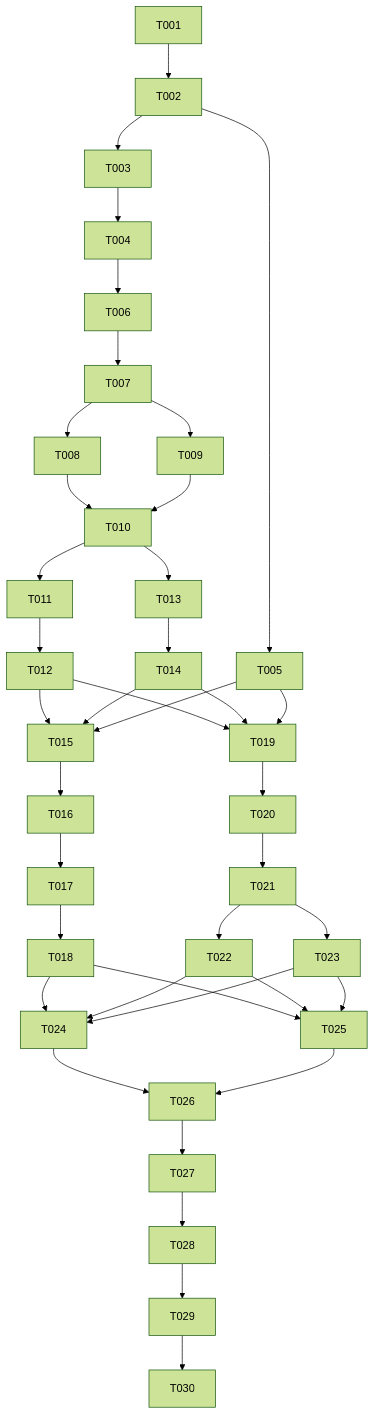
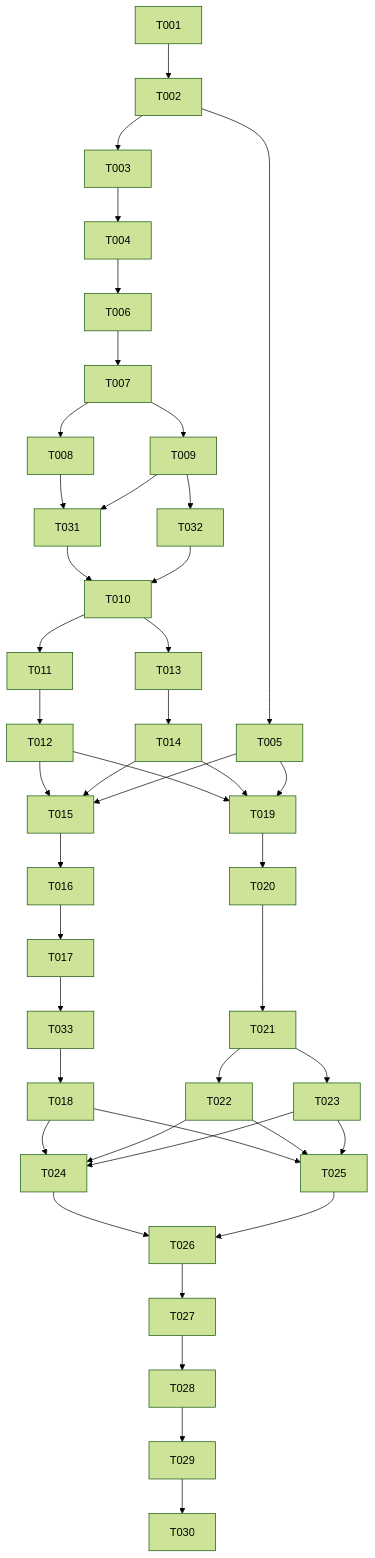
One commit to ronronner02/multi-agent changed the diagram in docs/tasks/2026-10-13-001-feat-multi-agent-team-tasks.md. Above: the diagram before and after it, drawn with Mermaid (forest theme). The commit also changed other lines of this file and 15 other files, not shown here.

````diff
--- a/docs/tasks/2026-10-13-001-feat-multi-agent-team-tasks.md
+++ b/docs/tasks/2026-10-13-001-feat-multi-agent-team-tasks.md
@@ -112,31 +113,34 @@
 ```mermaid
 flowchart TD
   T001 --> T002
   T002 --> T003 --> T004 --> T006 --> T007
   T002 --> T005
   T007 --> T008
   T007 --> T009
-  T008 --> T010
-  T009 --> T010
+  T008 --> T031
+  T009 --> T031
+  T009 --> T032
+  T031 --> T010
+  T032 --> T010
   T010 --> T011 --> T012
   T010 --> T013 --> T014
   T012 --> T015
   T014 --> T015
   T005 --> T015
-  T015 --> T016 --> T017 --> T018
+  T015 --> T016 --> T017 --> T033 --> T018
   T012 --> T019
   T014 --> T019
   T005 --> T019
   T019 --> T020 --> T021
   T021 --> T022
   T021 --> T023
   T018 --> T024
   T022 --> T024
   T023 --> T024
   T018 --> T025
   T022 --> T025
   T023 --> T025
   T024 --> T026
   T025 --> T026
   T026 --> T027 --> T028 --> T029 --> T030
 ```
````
